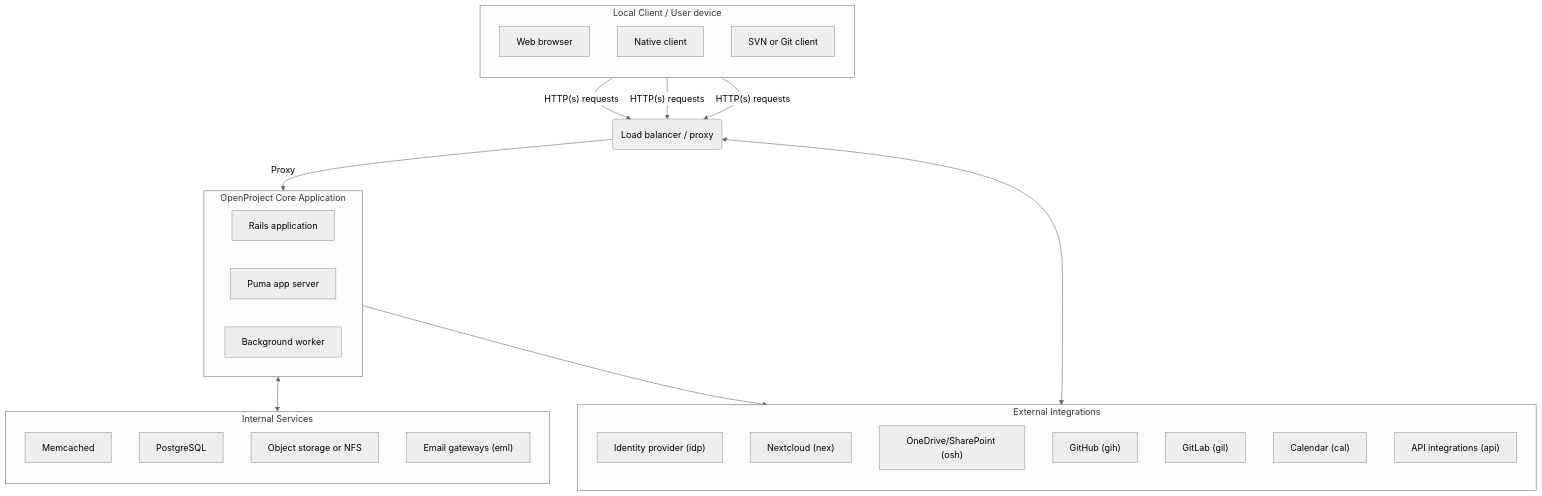
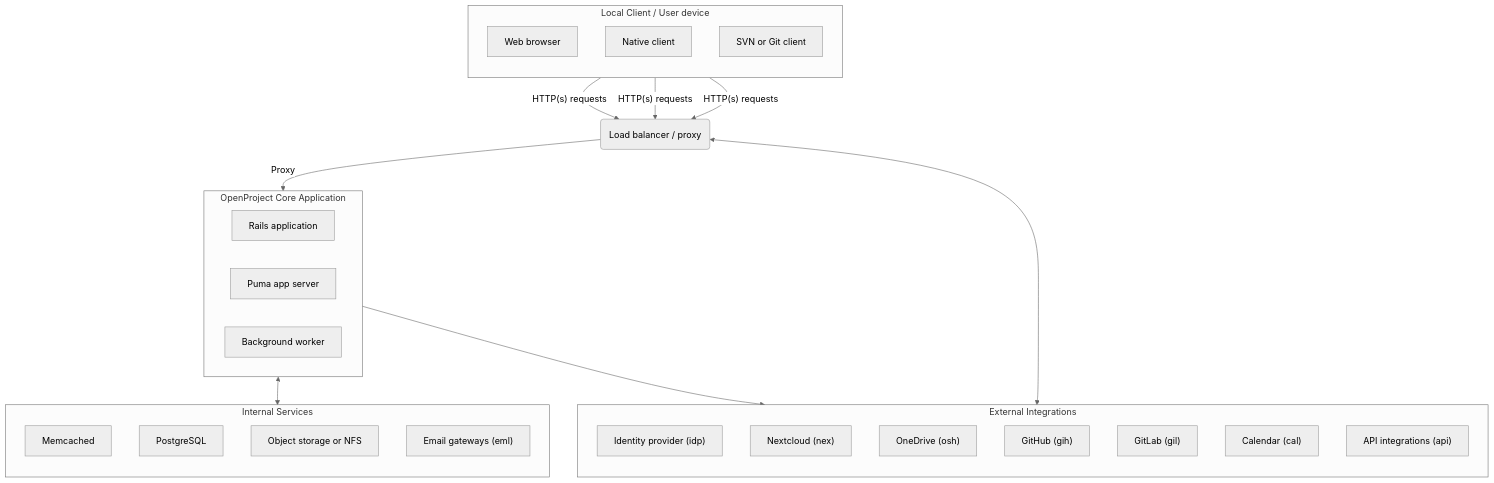
The first of 9 diagrams in docs/security-and-privacy/processing-of-personal-data/README.md (franciscoxavier04/pm-BIM), drawn with Mermaid before and after one commit. The commit also changed other lines of this file and 13 other files, not shown here.

````diff
--- a/docs/security-and-privacy/processing-of-personal-data/README.md
+++ b/docs/security-and-privacy/processing-of-personal-data/README.md
@@ -225,52 +225,52 @@
 ```mermaid
 %%{init: {'theme':'neutral'}}%%
 
 flowchart TD
   browser[Web browser] -->|"HTTP(s) requests"| loadbalancer(Load balancer / proxy)
   A1[Native client] -->|"HTTP(s) requests"| loadbalancer
   A2[SVN or Git client] -->|"HTTP(s) requests"| loadbalancer
   loadbalancer -->|Proxy| openproject
 
   subgraph openproject[OpenProject Core Application]
     openprojectrailsapp[Rails application]
     C[Puma app server]
     D[Background worker]
   end
 
 
   subgraph integrations[External Integrations]
   direction TB
     idp["Identity provider (idp)"]
     nex["Nextcloud (nex)"]
-    osh["OneDrive/SharePoint (osh)"]
+    osh["OneDrive (osh)"]
     gih["GitHub (gih)"]
     gil["GitLab (gil)"]
     cal["Calendar (cal)"]
    O["API integrations (api)"]
 
 end
 
   subgraph services[Internal Services]
   direction TB
    M[Memcached]
    P[PostgreSQL]
    S[Object storage or NFS]
    email["Email gateways (eml)"]
   end
 
 
   openproject <--> services
   openproject --> integrations
   loadbalancer <--> integrations
 
   subgraph localclients[Local Client / User device]
   direction TB
  browser
  A1
  A2
 
 
 
 
 end
 ```
````
